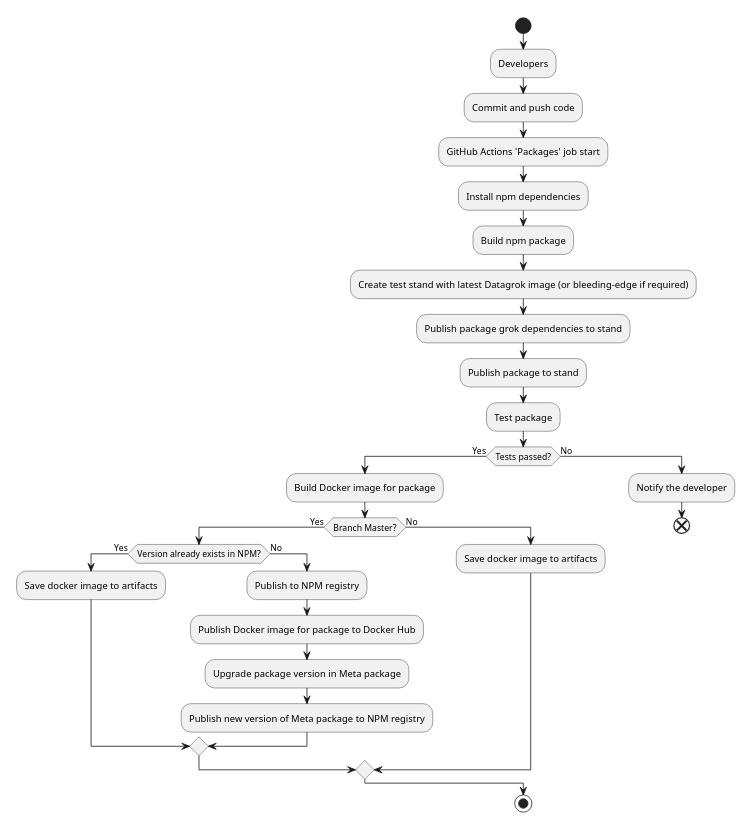
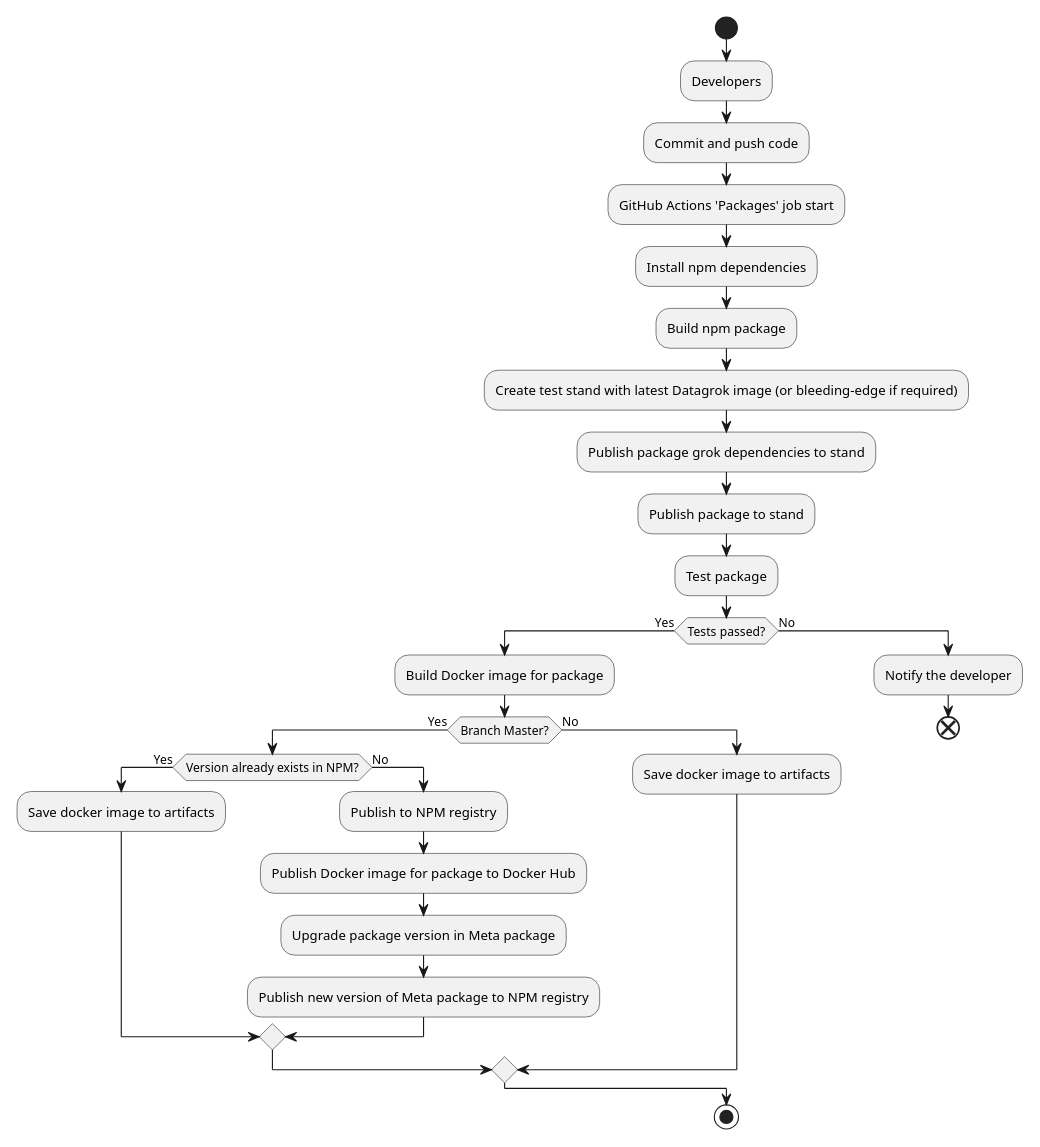
The diagram in help/develop/admin/releases/ci_public_packages.puml (datagrok-ai/public), drawn with PlantUML before and after one commit. The commit also changed 3 other files, not shown here.

Commit message:
Help: Resize CI/CD diagrams

```diff
--- a/help/develop/admin/releases/ci_public_packages.puml
+++ b/help/develop/admin/releases/ci_public_packages.puml
@@ -1,32 +1,32 @@
 @startuml
-scale 800*500
+scale 800*700
 start
 :Developers;
 :Commit and push code;
 :GitHub Actions 'Packages' job start;
 :Install npm dependencies;
 :Build npm package;
 :Create test stand with latest Datagrok image (or bleeding-edge if required);
 :Publish package grok dependencies to stand;
 :Publish package to stand;
 :Test package;
 if (Tests passed?) then (Yes)
 :Build Docker image for package;
 if (Branch Master?) then (Yes)
 if (Version already exists in NPM?) then (Yes)
 :Save docker image to artifacts;
 else(No)
 :Publish to NPM registry;
 :Publish Docker image for package to Docker Hub;
 :Upgrade package version in Meta package;
 :Publish new version of Meta package to NPM registry;
 endif
 else (No)
 :Save docker image to artifacts;
 endif
 else (No)
 :Notify the developer;
 end
 endif
 stop
 @enduml
```
